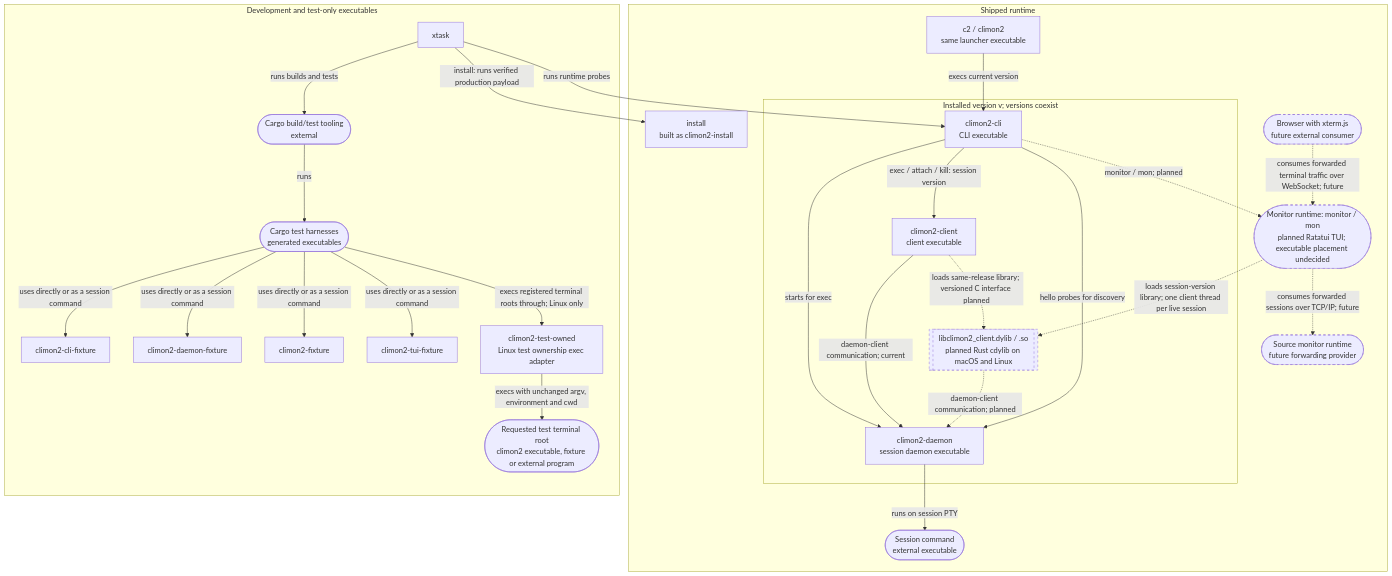
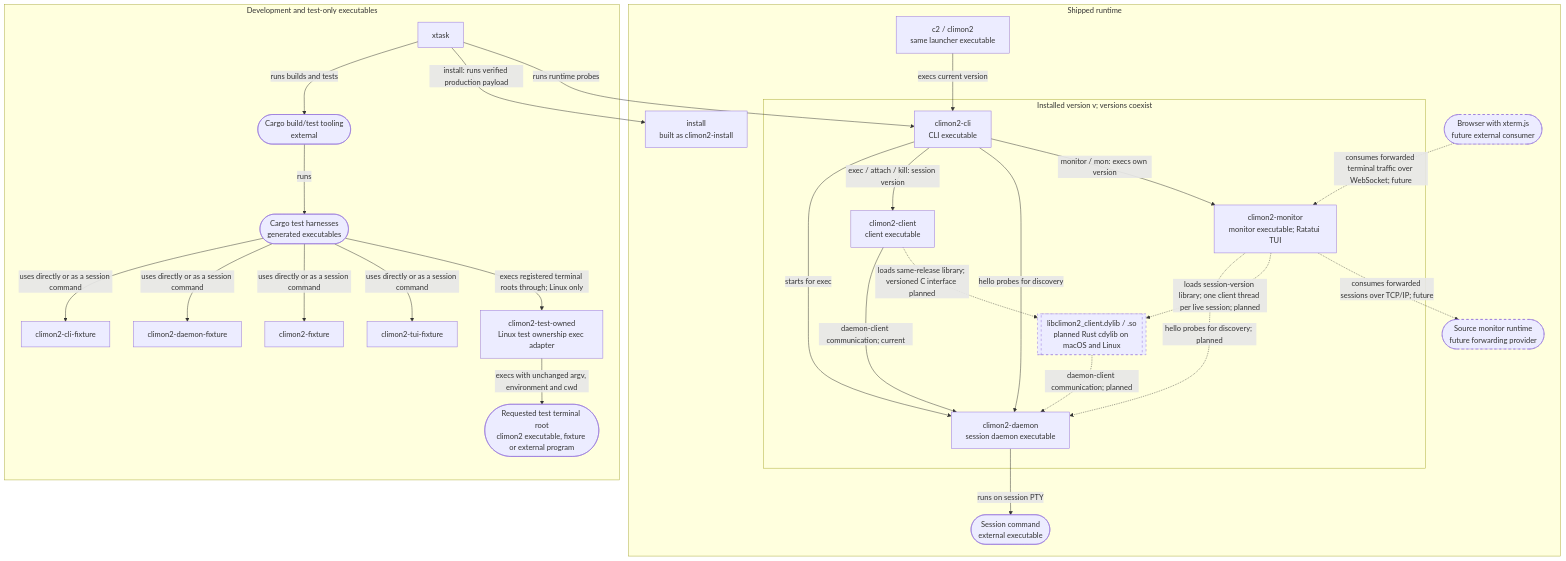
One commit to jackgeek/climon2 changed the diagram in docs/runtime-artifacts.md. Above: the diagram before and after it, drawn with Mermaid. The commit also changed other lines of this file and 54 other files, not shown here.

````diff
--- a/docs/runtime-artifacts.md
+++ b/docs/runtime-artifacts.md
@@ -14,58 +14,58 @@
 ```mermaid
 flowchart TB
     subgraph runtime["Shipped runtime"]
         launcher["c2 / climon2<br/>same launcher executable"]
         installer["install<br/>built as climon2-install"]
         subgraph version["Installed version v; versions coexist"]
             cli["climon2-cli<br/>CLI executable"]
             client["climon2-client<br/>client executable"]
             daemon["climon2-daemon<br/>session daemon executable"]
+            monitor["climon2-monitor<br/>monitor executable; Ratatui TUI"]
             library[["libclimon2_client.dylib / .so<br/>planned Rust cdylib on macOS and Linux"]]
         end
         command(["Session command<br/>external executable"])
-        monitor(["Monitor runtime: monitor / mon<br/>planned Ratatui TUI; executable placement undecided"])
         source_monitor(["Source monitor runtime<br/>future forwarding provider"])
         browser(["Browser with xterm.js<br/>future external consumer"])
 
         launcher -->|"execs current version"| cli
         cli -->|"starts for exec"| daemon
         cli -->|"exec / attach / kill: session version"| client
         cli -->|"hello probes for discovery"| daemon
         client -->|"daemon-client communication; current"| daemon
         daemon -->|"runs on session PTY"| command
-        cli -.->|"monitor / mon; planned"| monitor
-        monitor -.->|"loads session-version library; one client thread per live session"| library
+        cli -->|"monitor / mon: execs own version"| monitor
+        monitor -.->|"hello probes for discovery; planned"| daemon
+        monitor -.->|"loads session-version library; one client thread per live session; planned"| library
         client -.->|"loads same-release library; versioned C interface planned"| library
         library -.->|"daemon-client communication; planned"| daemon
         monitor -.->|"consumes forwarded sessions over TCP/IP; future"| source_monitor
         browser -.->|"consumes forwarded terminal traffic over WebSocket; future"| monitor
     end
 
     subgraph development["Development and test-only executables"]
         xtask["xtask"]
         cargo(["Cargo build/test tooling<br/>external"])
         tests(["Cargo test harnesses<br/>generated executables"])
         cli_fixture["climon2-cli-fixture"]
         daemon_fixture["climon2-daemon-fixture"]
         terminal_fixture["climon2-fixture"]
         tui_fixture["climon2-tui-fixture"]
         owned_exec["climon2-test-owned<br/>Linux test ownership exec adapter"]
         terminal_root(["Requested test terminal root<br/>climon2 executable, fixture or external program"])
 
         xtask -->|"runs builds and tests"| cargo
         xtask -->|"install: runs verified production payload"| installer
         xtask -->|"runs runtime probes"| cli
         cargo -->|"runs"| tests
         tests -->|"uses directly or as a session command"| cli_fixture
         tests -->|"uses directly or as a session command"| daemon_fixture
         tests -->|"uses directly or as a session command"| terminal_fixture
         tests -->|"uses directly or as a session command"| tui_fixture
         tests -->|"execs registered terminal roots through; Linux only"| owned_exec
         owned_exec -->|"execs with unchanged argv, environment and cwd"| terminal_root
     end
 
     style library stroke-dasharray: 5 5
-    style monitor stroke-dasharray: 5 5
     style source_monitor stroke-dasharray: 5 5
     style browser stroke-dasharray: 5 5
 ```
````
